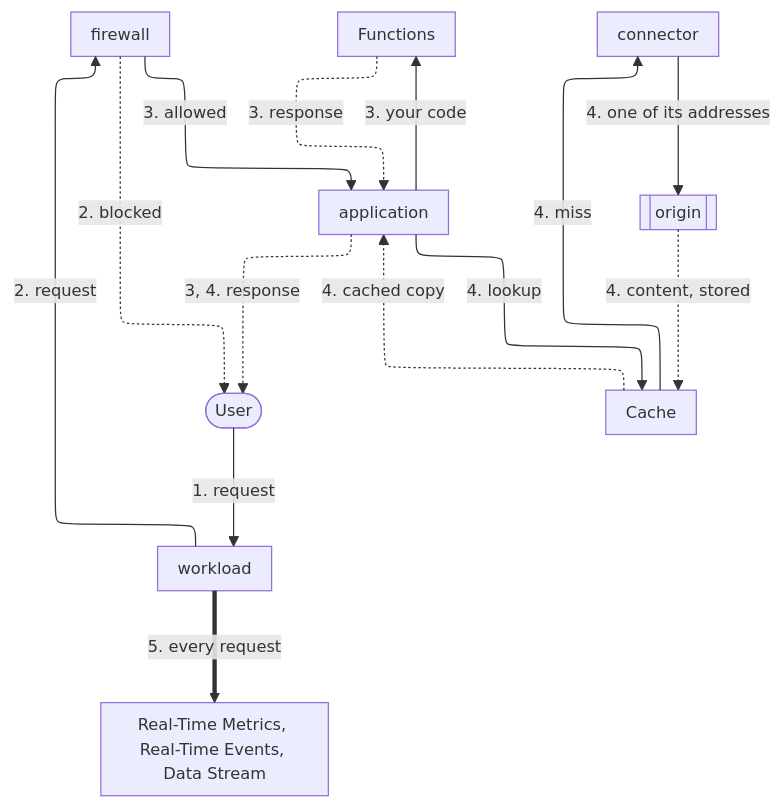
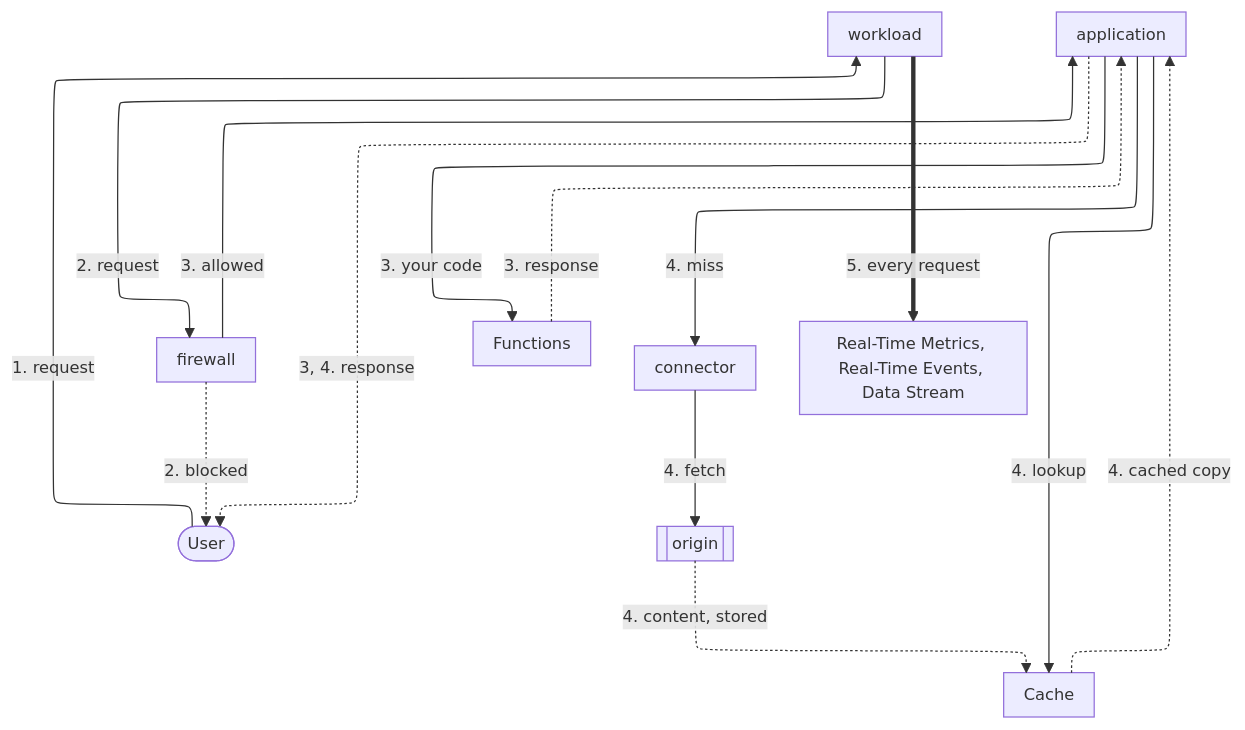
One commit to aziontech/docs changed the diagram in apps/docs/src/content/docs/en/pages/main-menu/get-started/azion-platform-overview.mdx. Above: the diagram before and after it, drawn with Mermaid. The commit also changed 26 other files, not shown here.

First line of the commit message:
docs(fundamentals): fix Console labels, the request diagram, and review findings

````diff
--- a/apps/docs/src/content/docs/en/pages/main-menu/get-started/azion-platform-overview.mdx
+++ b/apps/docs/src/content/docs/en/pages/main-menu/get-started/azion-platform-overview.mdx
@@ -31,26 +31,26 @@
 ```mermaid
 %%{init: {"layout": "elk", "elk": {"preset": "modelOrder", "keepEntryNodeOnTop": true, "cycleBreakingStrategy": "MODEL_ORDER"}, "themeVariables": {"fontSize": "13px"}, "flowchart": {"nodeSpacing": 24, "rankSpacing": 36, "padding": 8, "wrappingWidth": 150, "useMaxWidth": true}, "sequence": {"width": 120, "actorMargin": 30, "useMaxWidth": true}}}%%
 flowchart TD
   User(["User"])
   Workload["workload"]
   Firewall["firewall"]
   App["application"]
   Functions["Functions"]
   Cache["Cache"]
   Conn["connector"]
   Origin[["origin"]]
   Observe["Real-Time Metrics, Real-Time Events, Data Stream"]
   User -->|"1. request"| Workload
   Workload -->|"2. request"| Firewall
   Firewall -->|"3. allowed"| App
   App -->|"3. your code"| Functions
   App -->|"4. lookup"| Cache
-  Cache -->|"4. miss"| Conn
-  Conn -->|"4. one of its addresses"| Origin
+  App -->|"4. miss"| Conn
+  Conn -->|"4. fetch"| Origin
   Firewall -.->|"2. blocked"| User
   Functions -.->|"3. response"| App
   Origin -.->|"4. content, stored"| Cache
   Cache -.->|"4. cached copy"| App
   App -.->|"3, 4. response"| User
   Workload ==>|"5. every request"| Observe
 ```
````
